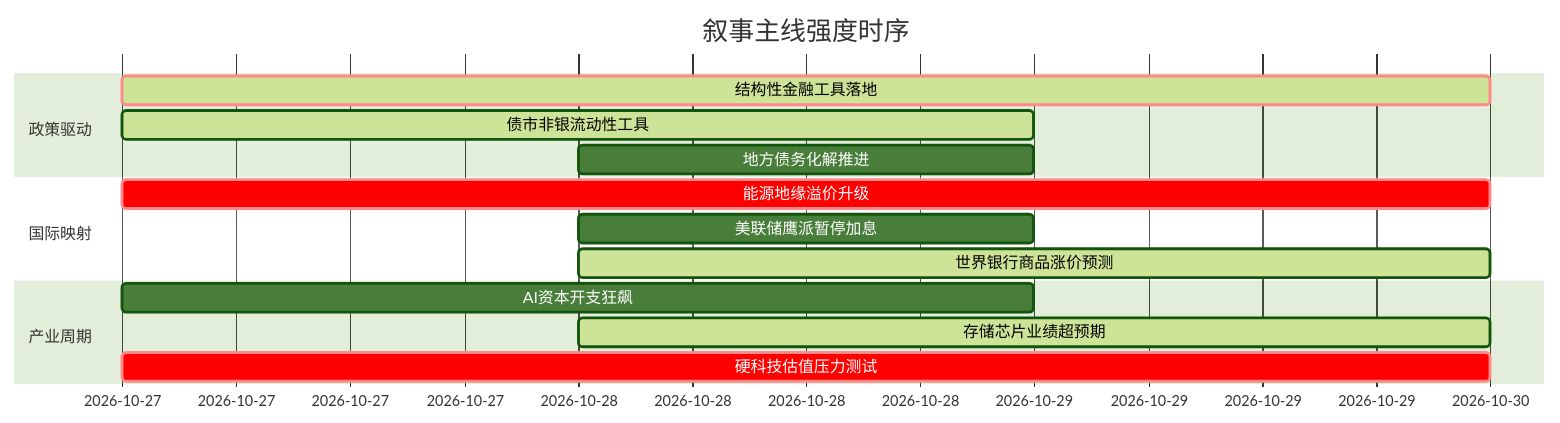
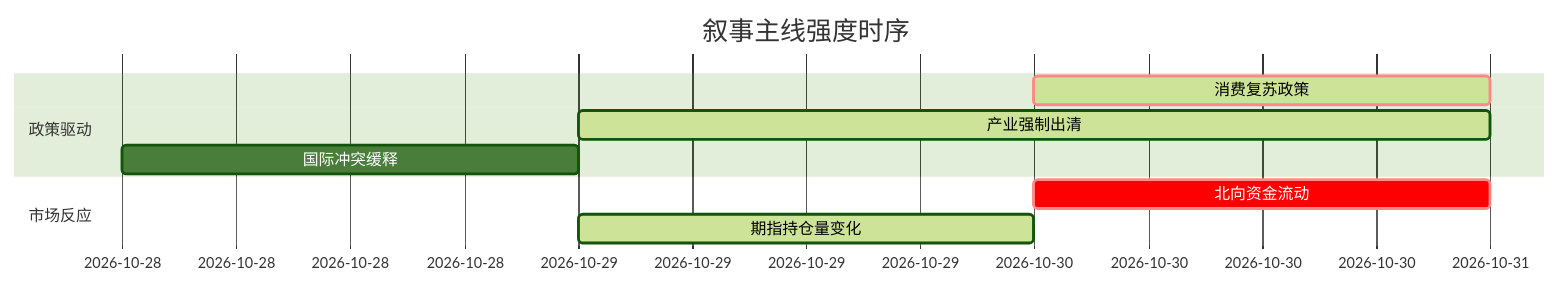
Before and after one commit to uu5zn/uu5zn.github.io: the diagram in 5day_report.md, drawn with Mermaid (forest theme). The commit also changed other lines of this file and 23 other files, not shown here.

````diff
--- a/5day_report.md
+++ b/5day_report.md
@@ -56,19 +48,13 @@
 ```mermaid
 gantt
     title 叙事主线强度时序
     dateFormat  YYYY-MM-DD
     section 政策驱动
-    结构性金融工具落地   :crit, active, 2026-10-27, 3d
-    债市非银流动性工具   :active, 2026-10-27, 2d
-    地方债务化解推进     :2026-10-28, 1d
+    消费复苏政策   :crit, active, 2026-10-30, 1d
+    产业强制出清   :active, 2026-10-29, 2d
+    国际冲突缓释   :2026-10-28, 1d
     
-    section 国际映射
-    能源地缘溢价升级     :crit, 2026-10-27, 3d
-    美联储鹰派暂停加息   :2026-10-28, 1d
-    世界银行商品涨价预测 :active, 2026-10-28, 2d
-    
-    section 产业周期
-    AI资本开支狂飙       :2026-10-27, 2d
-    存储芯片业绩超预期   :active, 2026-10-28, 2d
-    硬科技估值压力测试   :crit, 2026-10-27, 3d
+    section 市场反应
+    北向资金流动   :crit, 2026-10-30, 1d
+    期指持仓量变化 :active, 2026-10-29, 1d
 ```
````
